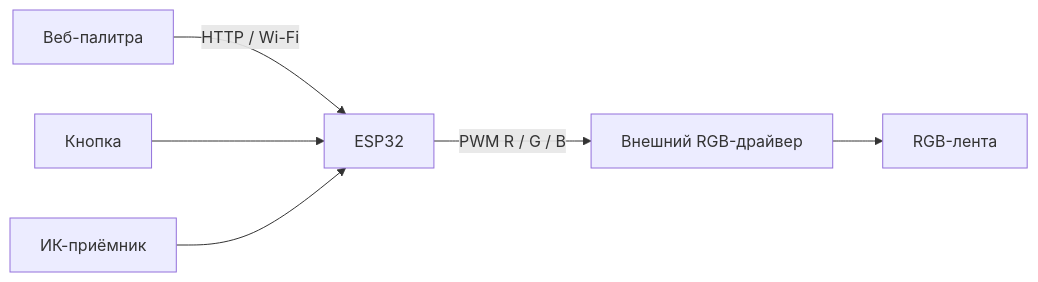
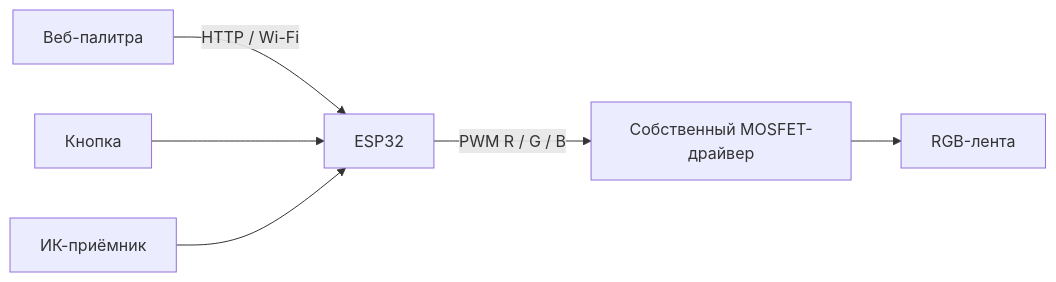
The diagram in README.md (TzarRusi/RGBWifiButton), drawn with Mermaid before and after one commit. The commit also changed other lines of this file and 2 other files, not shown here.

Commit message:
Show working ESP32 controller and handmade MOSFET prototype

````diff
--- a/README.md
+++ b/README.md
@@ -9,8 +31,8 @@
 ```mermaid
 flowchart LR
     W[Веб-палитра] -->|HTTP / Wi-Fi| E[ESP32]
     B[Кнопка] --> E
     I[ИК-приёмник] --> E
-    E -->|PWM R / G / B| D[Внешний RGB-драйвер]
+    E -->|PWM R / G / B| D[Собственный MOSFET-драйвер]
     D --> L[RGB-лента]
 ```
````
